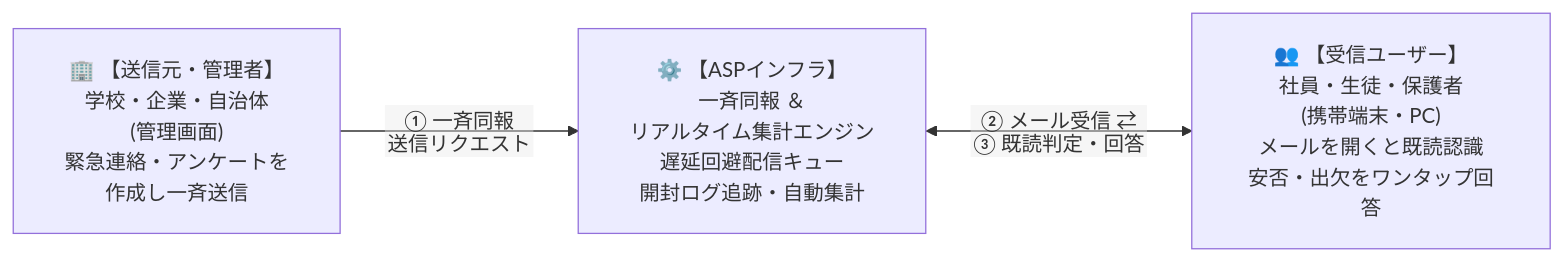
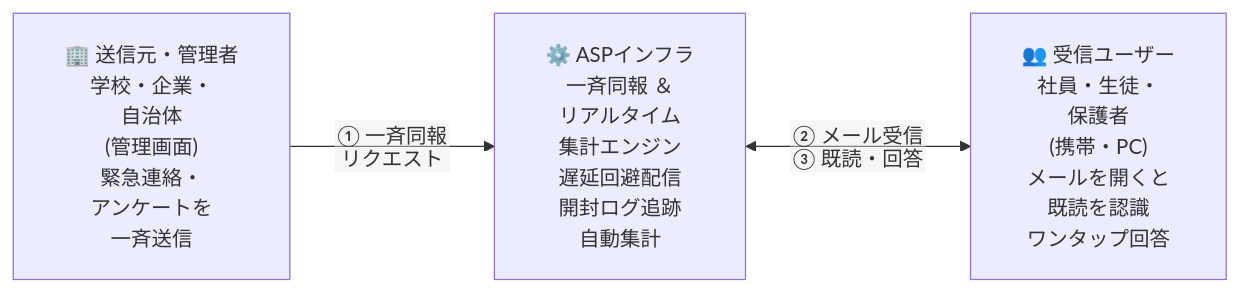
Before and after one commit to imo96/service-planning-architecture-portfolio: the second of 4 diagrams in README.md, drawn with Mermaid. The commit also changed other lines of this file, not shown here.

First line of the commit message:
Mermaid図: 1行の文字数をさらに減らし見切れを解消

````diff
--- a/README.md
+++ b/README.md
@@ -99,10 +99,10 @@
 ```mermaid
 %%{init: {"flowchart": {"htmlLabels": false, "padding": 20, "nodeSpacing": 40, "rankSpacing": 70}}}%%
 flowchart LR
-    A["🏢 【送信元・管理者】<br>学校・企業・自治体<br>(管理画面)<br>緊急連絡・アンケートを<br>作成し一斉送信"]
-    S["⚙️ 【ASPインフラ】<br>一斉同報 ＆<br>リアルタイム集計エンジン<br>遅延回避配信キュー<br>開封ログ追跡・自動集計"]
-    U["👥 【受信ユーザー】<br>社員・生徒・保護者<br>(携帯端末・PC)<br>メールを開くと既読認識<br>安否・出欠をワンタップ回答"]
+    A["🏢 送信元・管理者<br>学校・企業・<br>自治体<br>(管理画面)<br>緊急連絡・<br>アンケートを<br>一斉送信"]
+    S["⚙️ ASPインフラ<br>一斉同報 ＆<br>リアルタイム<br>集計エンジン<br>遅延回避配信<br>開封ログ追跡<br>自動集計"]
+    U["👥 受信ユーザー<br>社員・生徒・<br>保護者<br>(携帯・PC)<br>メールを開くと<br>既読を認識<br>ワンタップ回答"]
 
-    A -->|"① 一斉同報<br>送信リクエスト"| S
-    S <-->|"② メール受信 ⇄<br>③ 既読判定・回答"| U
+    A -->|"① 一斉同報<br>リクエスト"| S
+    S <-->|"② メール受信<br>③ 既読・回答"| U
 ```
````
